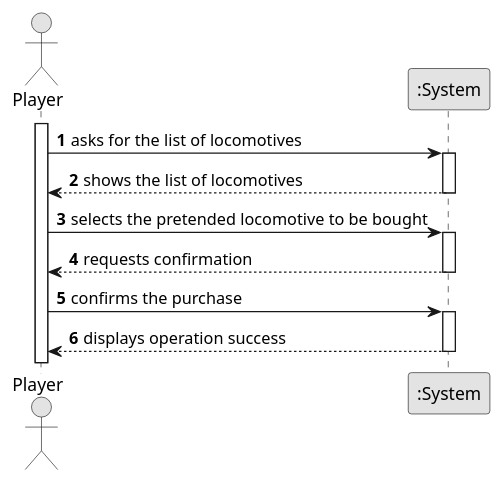
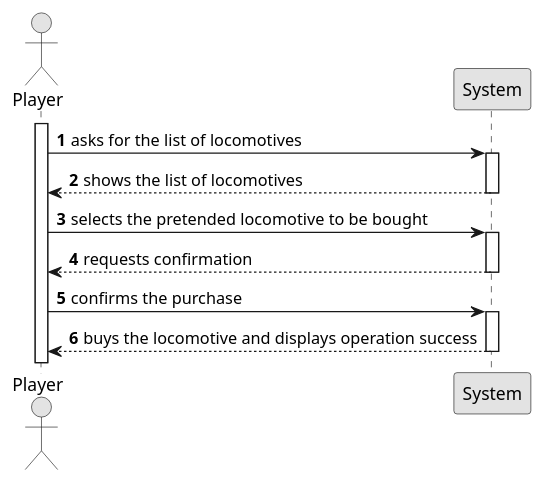
The diagram in docsFinais/US009/01.requirements-engineering/puml/US009-SSD.puml (1240935/pi2-railway-simulator), drawn with PlantUML before and after one commit. The commit also changed 118 other files, not shown here.

```diff
--- a/docsFinais/US009/01.requirements-engineering/puml/US009-SSD.puml
+++ b/docsFinais/US009/01.requirements-engineering/puml/US009-SSD.puml
@@ -1,30 +1,30 @@
 @startuml
 skinparam monochrome true
 skinparam packageStyle rectangle
 skinparam shadowing false
 
 autonumber
 
 actor "Player" as Employee
-participant ":System" as System
+participant "System" as System
 
 activate Employee
 
     Employee -> System : asks for the list of locomotives
     activate System
 
         System --> Employee : shows the list of locomotives
     deactivate System
 
     Employee -> System : selects the pretended locomotive to be bought
     activate System
 
         System --> Employee : requests confirmation
     deactivate System
 
     Employee -> System : confirms the purchase
     activate System
 
-        System --> Employee : displays operation success
+        System --> Employee : buys the locomotive and displays operation success
     deactivate System
 @enduml
```
